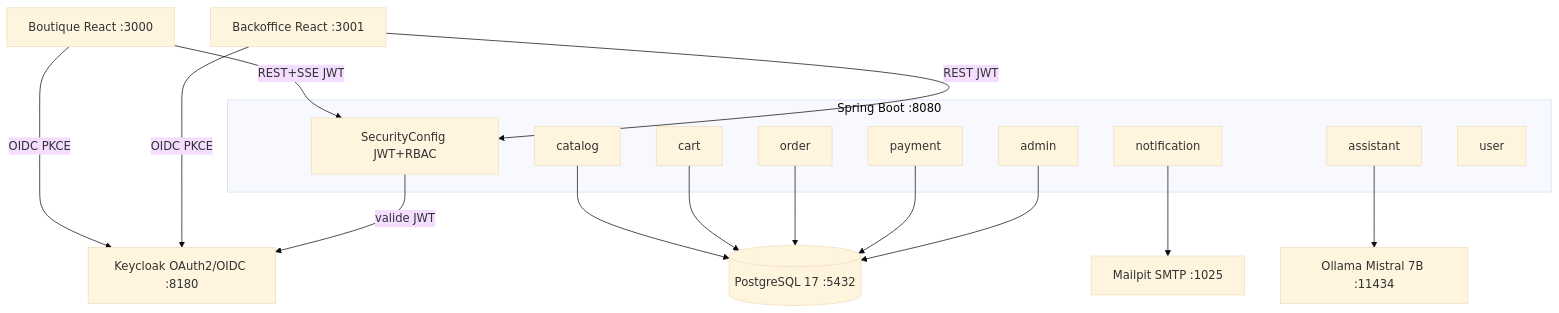
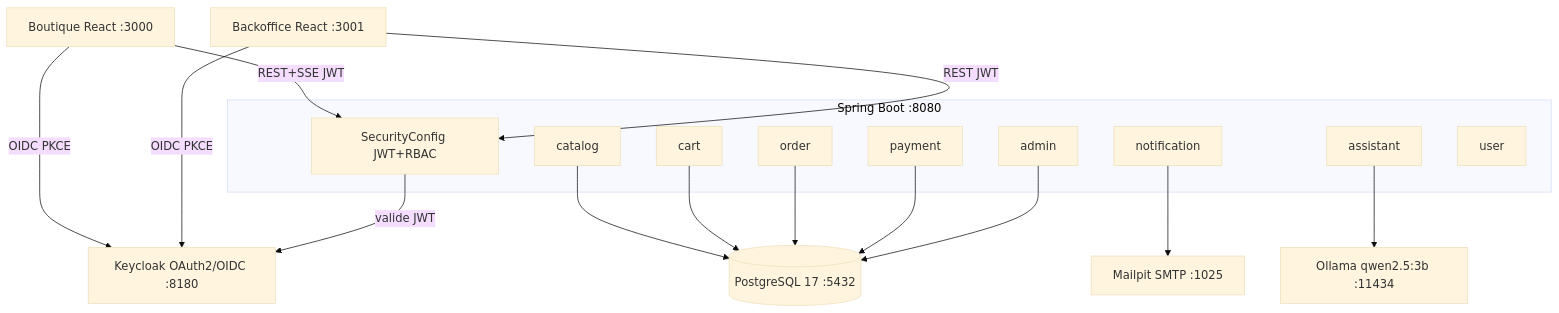
The first of 8 diagrams in ARCHITECTURE.md (dbeaumont/macmarket), drawn with Mermaid (base theme) before and after one commit. The commit also changed other lines of this file and 16 other files, not shown here.

First line of the commit message:
docs: corrige les incohérences documentaires (stack Angular, modèle LLM, diagramme catalog)

````diff
--- a/ARCHITECTURE.md
+++ b/ARCHITECTURE.md
@@ -24,36 +24,36 @@
 ```mermaid
 graph TB
     SHOP["Boutique React :3000"]
     ADMIN_FE["Backoffice React :3001"]
     KC["Keycloak OAuth2/OIDC :8180"]
 
     subgraph backend["Spring Boot :8080"]
         SEC["SecurityConfig JWT+RBAC"]
         CAT["catalog"]
         CART["cart"]
         ORD["order"]
         PAY["payment"]
         ADM["admin"]
         NOTIF["notification"]
         ASST["assistant"]
         USR["user"]
     end
 
     PG[("PostgreSQL 17 :5432")]
-    OLL["Ollama Mistral 7B :11434"]
+    OLL["Ollama qwen2.5:3b :11434"]
     MAIL["Mailpit SMTP :1025"]
 
     SHOP -- "REST+SSE JWT" --> SEC
     ADMIN_FE -- "REST JWT" --> SEC
     SHOP -- "OIDC PKCE" --> KC
     ADMIN_FE -- "OIDC PKCE" --> KC
     SEC -- "valide JWT" --> KC
 
     CAT --> PG
     CART --> PG
     ORD --> PG
     PAY --> PG
     ADM --> PG
     ASST --> OLL
     NOTIF --> MAIL
 ```
````
